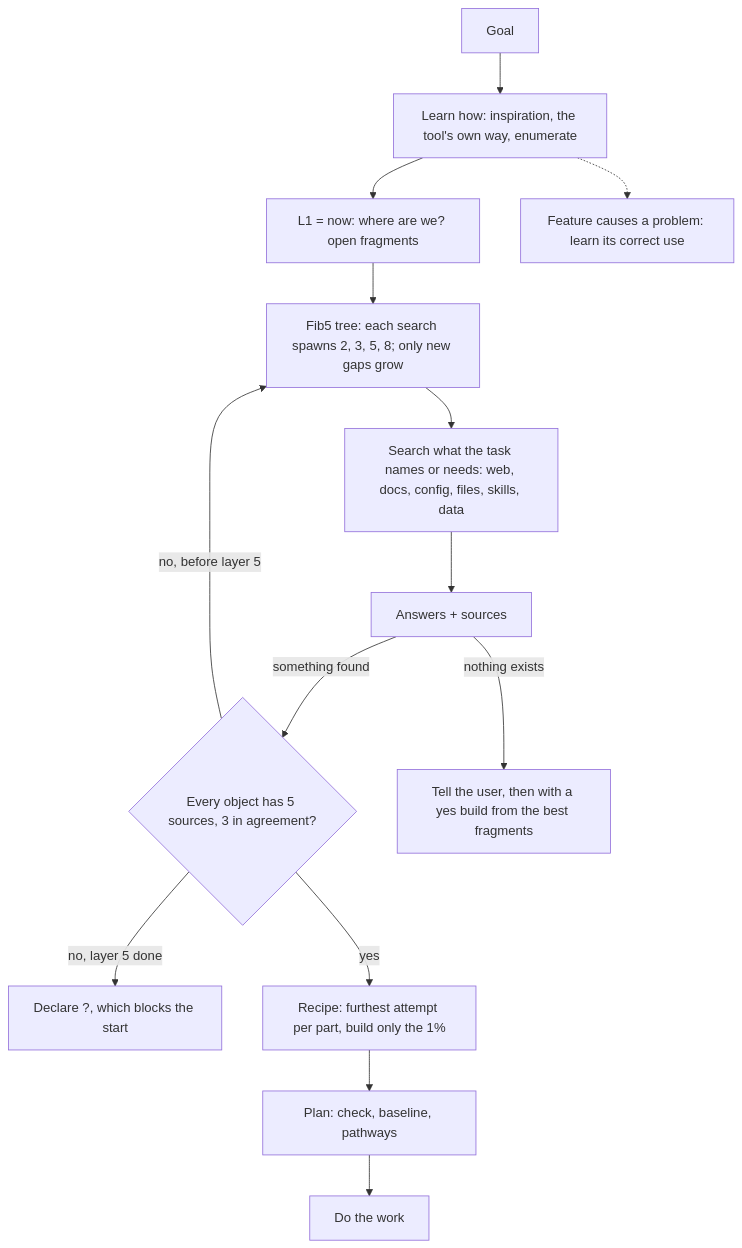
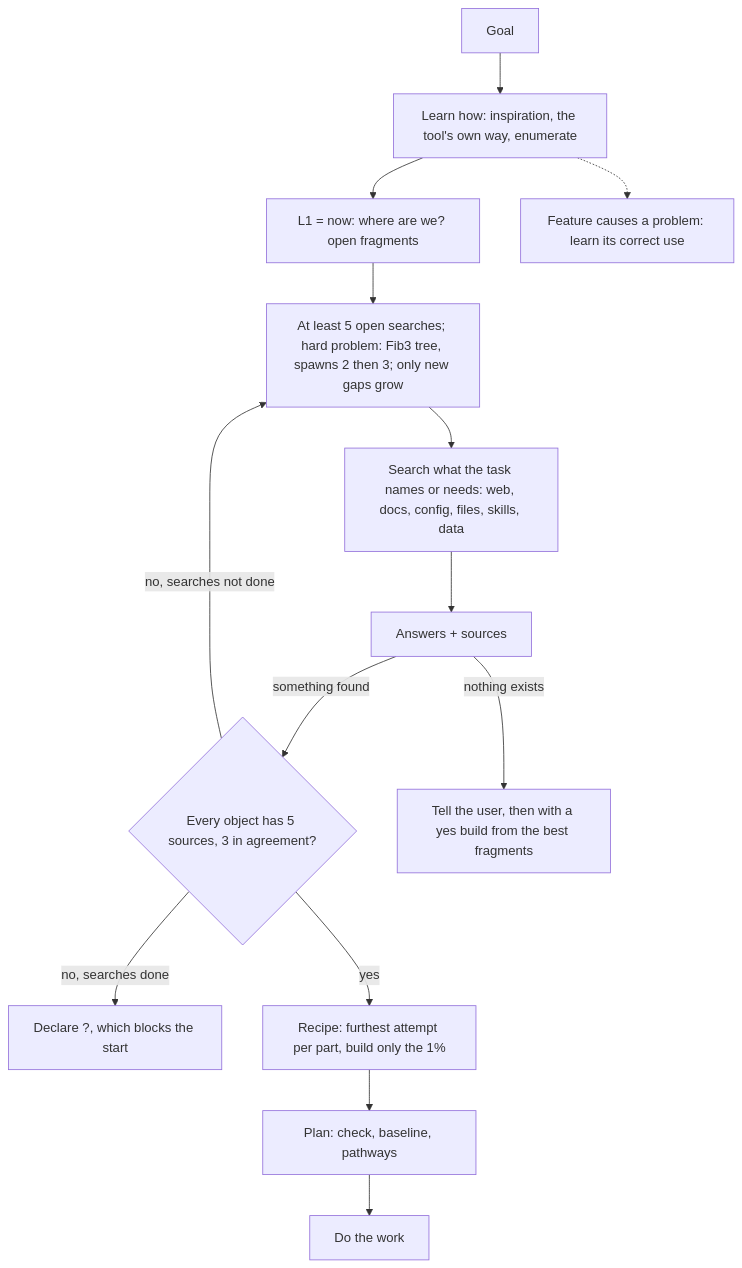
One commit to SolenixAI/arbiter changed the fourth of 14 diagrams in AGENTS.md. Above: the diagram before and after it, drawn with Mermaid. The commit also changed other lines of this file, not shown here.

````diff
--- a/AGENTS.md
+++ b/AGENTS.md
@@ -180,10 +182,10 @@
 ```mermaid
 flowchart TD
-  G[Goal] --> L[Learn how: inspiration, the tool's own way, enumerate] --> F1["L1 = now: where are we? open fragments"] --> Q["Fib5 tree: each search spawns 2, 3, 5, 8; only new gaps grow"] --> S[Search what the task names or needs: web, docs, config, files, skills, data]
+  G[Goal] --> L[Learn how: inspiration, the tool's own way, enumerate] --> F1["L1 = now: where are we? open fragments"] --> Q["At least 5 open searches; hard problem: Fib3 tree, spawns 2 then 3; only new gaps grow"] --> S[Search what the task names or needs: web, docs, config, files, skills, data]
   S --> A[Answers + sources] -->|something found| N{Every object has 5 sources, 3 in agreement?}
-  N -->|no, before layer 5| Q
-  N -->|no, layer 5 done| X3["Declare ?, which blocks the start"]
+  N -->|no, searches not done| Q
+  N -->|no, searches done| X3["Declare ?, which blocks the start"]
   N -->|yes| R[Recipe: furthest attempt per part, build only the 1%] --> P[Plan: check, baseline, pathways] --> B[Do the work]
   A -->|nothing exists| U[Tell the user, then with a yes build from the best fragments]
   L -.-> NB[Feature causes a problem: learn its correct use]
 ```
````
